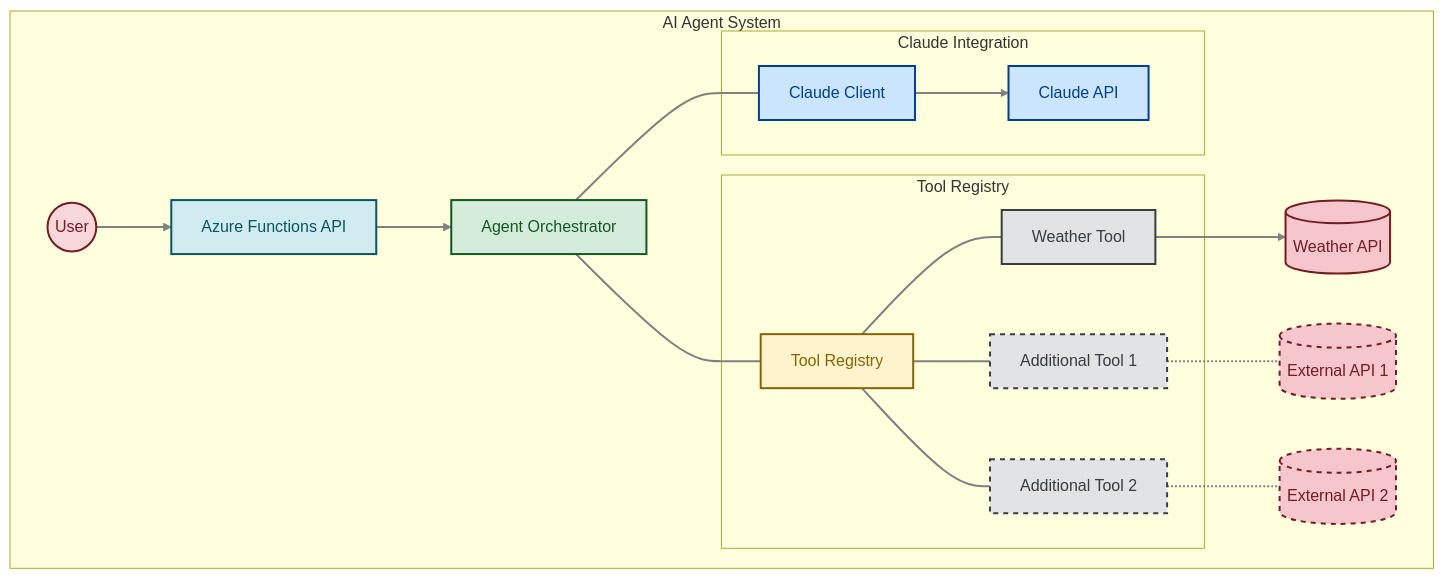
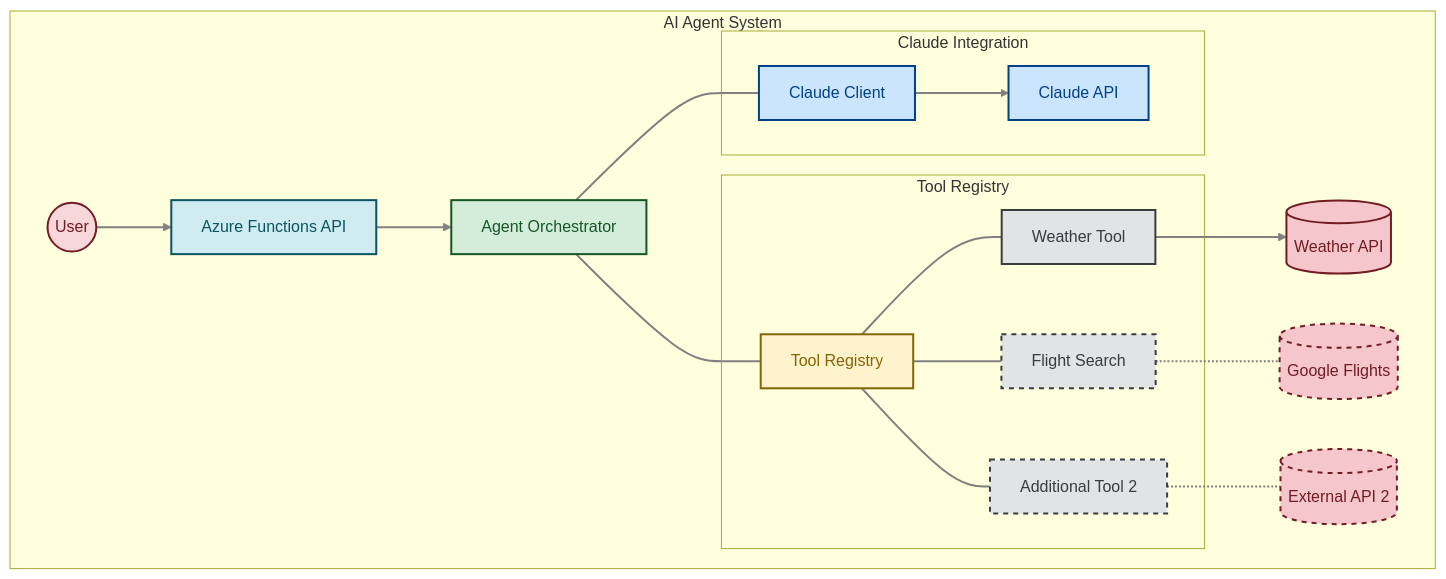
One commit to sebharvey/AgenticAI changed the first of 2 diagrams in README.md. Above: the diagram before and after it, drawn with Mermaid.

````diff
--- a/README.md
+++ b/README.md
@@ -26,56 +26,56 @@
 ```mermaid
 flowchart TB
     subgraph "AI Agent System"
         User((User)) --> API[Azure Functions API]
         API --> Orchestrator[Agent Orchestrator]
         
         subgraph "Tool Registry"
             ToolRegistry[Tool Registry]
             WeatherTool[Weather Tool]
-            FutureTool1[Additional Tool 1]
+            FlightSearch[Flight Search]
             FutureTool2[Additional Tool 2]
             
             ToolRegistry --- WeatherTool
-            ToolRegistry --- FutureTool1
+            ToolRegistry --- FlightSearch
             ToolRegistry --- FutureTool2
         end
         
         Orchestrator --- ToolRegistry
         
         subgraph "Claude Integration"
             Claude[Claude Client]
             ClaudeAPI[Claude API]
             
             Claude --> ClaudeAPI
         end
         
         Orchestrator --- Claude
         
         WeatherTool --> WeatherAPI[(Weather API)]
-        FutureTool1 -.- ExternalAPI1[(External API 1)]
+        FlightSearch -.- GoogleFlights[(Google Flights)]
         FutureTool2 -.- ExternalAPI2[(External API 2)]
     end
     
     classDef userNode fill:#F8D7DA,stroke:#721C24,color:#721C24,stroke-width:2px
     classDef apiNode fill:#D1ECF1,stroke:#0C5460,color:#0C5460,stroke-width:2px
     classDef orchestratorNode fill:#D4EDDA,stroke:#155724,color:#155724,stroke-width:2px
     classDef toolRegistryNode fill:#FFF3CD,stroke:#856404,color:#856404,stroke-width:2px
     classDef toolNode fill:#E2E3E5,stroke:#383D41,color:#383D41,stroke-width:2px
     classDef futureToolNode fill:#E2E3E5,stroke:#383D41,color:#383D41,stroke-width:2px,stroke-dasharray:5 5
     classDef claudeNode fill:#CCE5FF,stroke:#004085,color:#004085,stroke-width:2px
     classDef externalNode fill:#F5C6CB,stroke:#721C24,color:#721C24,stroke-width:2px
     classDef futureExternalNode fill:#F5C6CB,stroke:#721C24,color:#721C24,stroke-width:2px,stroke-dasharray:5 5
     
     class User userNode
     class API apiNode
     class Orchestrator orchestratorNode
     class ToolRegistry toolRegistryNode
     class WeatherTool toolNode
-    class FutureTool1,FutureTool2 futureToolNode
+    class FlightSearch,FutureTool2 futureToolNode
     class Claude,ClaudeAPI claudeNode
     class WeatherAPI externalNode
-    class ExternalAPI1,ExternalAPI2 futureExternalNode
+    class GoogleFlights,ExternalAPI2 futureExternalNode
     
     linkStyle default stroke-width:2px,fill:none,stroke:gray
     
 ```
````
